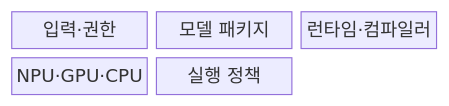
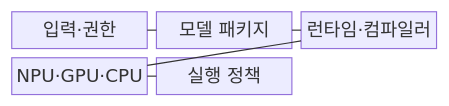
One commit to agnusdei1207/knowledge-base changed the first of 2 diagrams in src/content/docs/notes/08-latest-tech/050_on_device_ai.md. Above: the diagram before and after it, drawn with Mermaid. The commit also changed other lines of this file and 228 other files, not shown here.

````diff
--- a/src/content/docs/notes/08-latest-tech/050_on_device_ai.md
+++ b/src/content/docs/notes/08-latest-tech/050_on_device_ai.md
@@ -51,9 +51,13 @@
 ```mermaid
 block-beta
     columns 3
     I["입력·권한"]
     M["모델 패키지"]
     R["런타임·컴파일러"]
     A["NPU·GPU·CPU"]
     P["실행 정책"]
+    I --- M
+    M --- R
+    R --- A
+    A --- P
 ```
````
